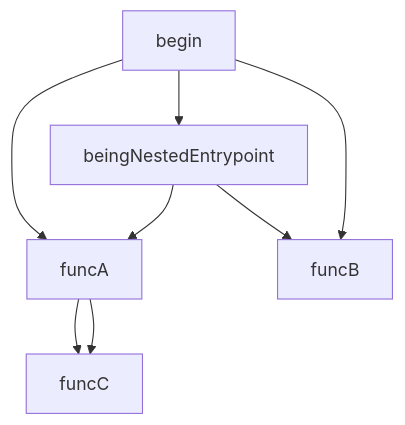
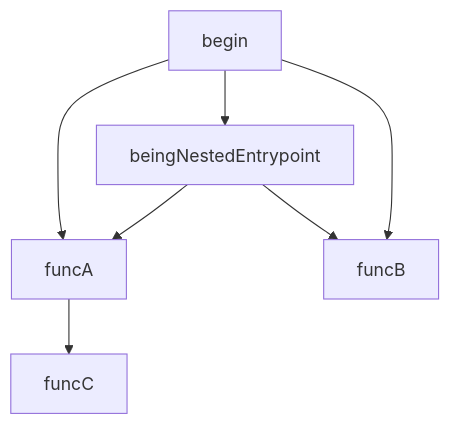
Before and after one commit to yumemi-inc/statictrace: the third of 7 diagrams in graphs.md, drawn with Mermaid. The commit also changed other lines of this file and 3 other files, not shown here.

````diff
--- a/graphs.md
+++ b/graphs.md
@@ -16,10 +18,9 @@
 ```mermaid
 graph TD
 	begin --> funcA
 	funcA --> funcC
 	begin --> beingNestedEntrypoint
 	beingNestedEntrypoint --> funcA
-	funcA --> funcC
 	beingNestedEntrypoint --> funcB
 	begin --> funcB
 ```
````
